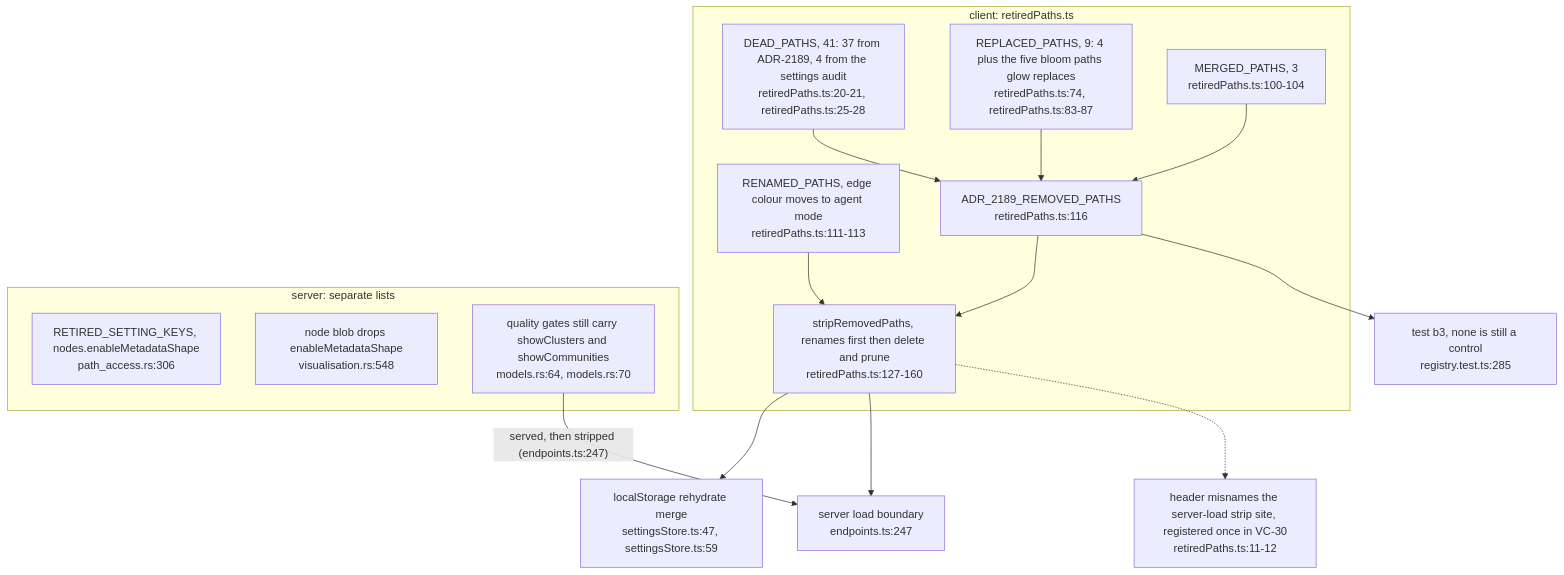
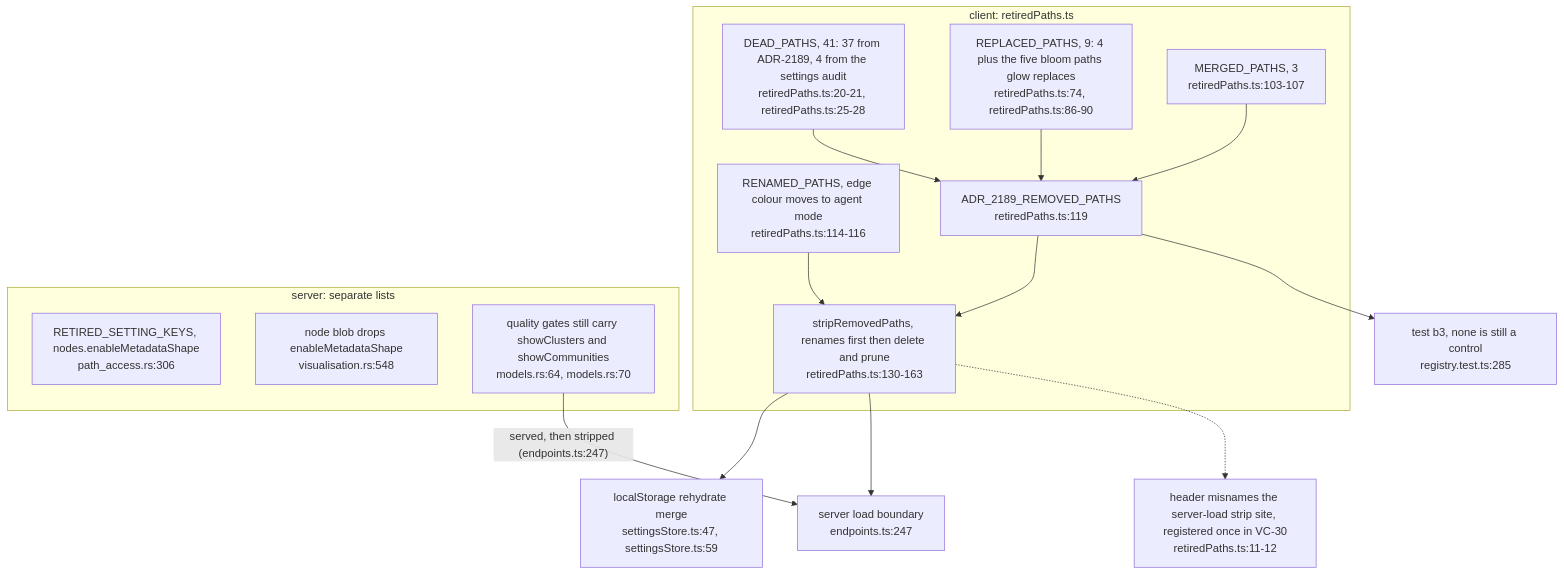
Before and after one commit to DreamLab-AI/VisionFlow: diagram 11 of 12 in docs/diagrams/visionclaw/57-control-centre-ia-and-drawer.md, drawn with Mermaid. The commit also changed other lines of this file and 49 other files, not shown here.

First line of the commit message:
docs(diagrams): re-derive and re-stamp VisionClaw, estate, knowledge-graph, visionGraph, VisionFlow and sidestr topics

````diff
--- a/docs/diagrams/visionclaw/57-control-centre-ia-and-drawer.md
+++ b/docs/diagrams/visionclaw/57-control-centre-ia-and-drawer.md
@@ -337,26 +337,26 @@
 ```mermaid
 flowchart TB
     subgraph client["client: retiredPaths.ts"]
         DP["DEAD_PATHS, 41: 37 from ADR-2189, 4 from the settings audit<br/>retiredPaths.ts:20-21, retiredPaths.ts:25-28"]
-        RP["REPLACED_PATHS, 9: 4 plus the five bloom paths glow replaces<br/>retiredPaths.ts:74, retiredPaths.ts:83-87"]
-        MP["MERGED_PATHS, 3<br/>retiredPaths.ts:100-104"]
-        RN["RENAMED_PATHS, edge colour moves to agent mode<br/>retiredPaths.ts:111-113"]
-        ALL["ADR_2189_REMOVED_PATHS<br/>retiredPaths.ts:116"]
-        STRIP["stripRemovedPaths, renames first then delete and prune<br/>retiredPaths.ts:127-160"]
+        RP["REPLACED_PATHS, 9: 4 plus the five bloom paths glow replaces<br/>retiredPaths.ts:74, retiredPaths.ts:86-90"]
+        MP["MERGED_PATHS, 3<br/>retiredPaths.ts:103-107"]
+        RN["RENAMED_PATHS, edge colour moves to agent mode<br/>retiredPaths.ts:114-116"]
+        ALL["ADR_2189_REMOVED_PATHS<br/>retiredPaths.ts:119"]
+        STRIP["stripRemovedPaths, renames first then delete and prune<br/>retiredPaths.ts:130-163"]
     end
     DP --> ALL
     RP --> ALL
     MP --> ALL
     ALL --> STRIP
     RN --> STRIP
     STRIP --> S1["localStorage rehydrate merge<br/>settingsStore.ts:47, settingsStore.ts:59"]
     STRIP --> S2["server load boundary<br/>endpoints.ts:247"]
     ALL --> S3["test b3, none is still a control<br/>registry.test.ts:285"]
     STRIP -.-> DR["header misnames the server-load strip site, registered once in VC-30<br/>retiredPaths.ts:11-12"]
     subgraph server["server: separate lists"]
         PA["RETIRED_SETTING_KEYS, nodes.enableMetadataShape<br/>path_access.rs:306"]
         DV["node blob drops enableMetadataShape<br/>visualisation.rs:548"]
         QG["quality gates still carry showClusters and showCommunities<br/>models.rs:64, models.rs:70"]
     end
     QG -->|"served, then stripped (endpoints.ts:247)"| S2
 ```
````
